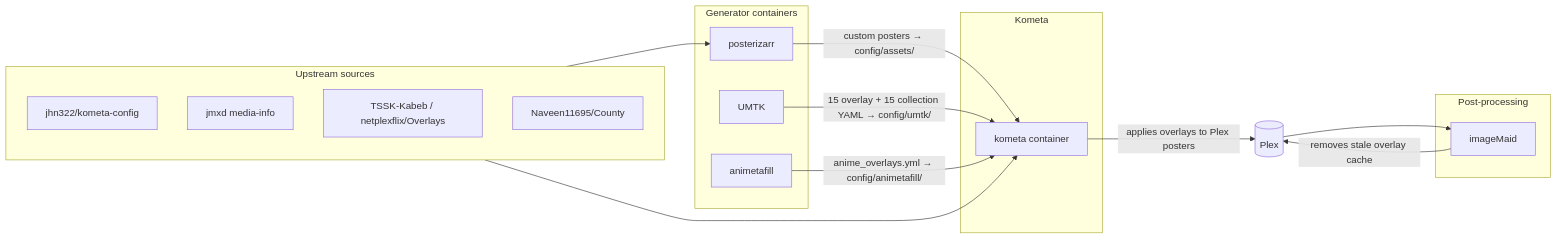
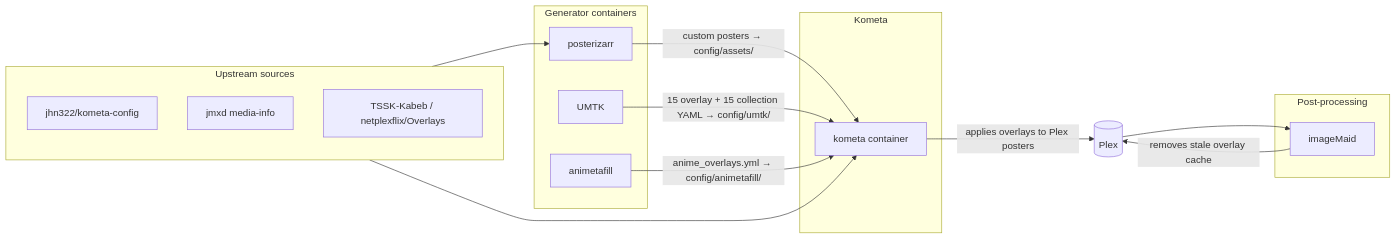
One commit to Naveen11695/kometa-overlay-stack changed the diagram in docs/PIPELINE.md. Above: the diagram before and after it, drawn with Mermaid. The commit also changed other lines of this file and 3 other files, not shown here.

````diff
--- a/docs/PIPELINE.md
+++ b/docs/PIPELINE.md
@@ -7,32 +7,31 @@
 ```mermaid
 flowchart LR
     subgraph upstream["Upstream sources"]
         JHN["jhn322/kometa-config"]
         JMXD["jmxd media-info"]
         TSSK["TSSK-Kabeb / netplexflix/Overlays"]
-        County["Naveen11695/County"]
     end
 
     subgraph generators["Generator containers"]
         PZ["posterizarr"]
         UMTK["UMTK"]
         ATF["animetafill"]
     end
 
     subgraph kometa["Kometa"]
         KM["kometa container"]
     end
 
     subgraph cleanup["Post-processing"]
         IM["imageMaid"]
     end
 
   upstream --> PZ
   upstream --> KM
   PZ -->|"custom posters → config/assets/"| KM
   UMTK -->|"15 overlay + 15 collection YAML → config/umtk/"| KM
   ATF -->|"anime_overlays.yml → config/animetafill/"| KM
   KM -->|"applies overlays to Plex posters"| Plex[(Plex)]
   Plex --> IM
   IM -->|"removes stale overlay cache"| Plex
 ```
````
